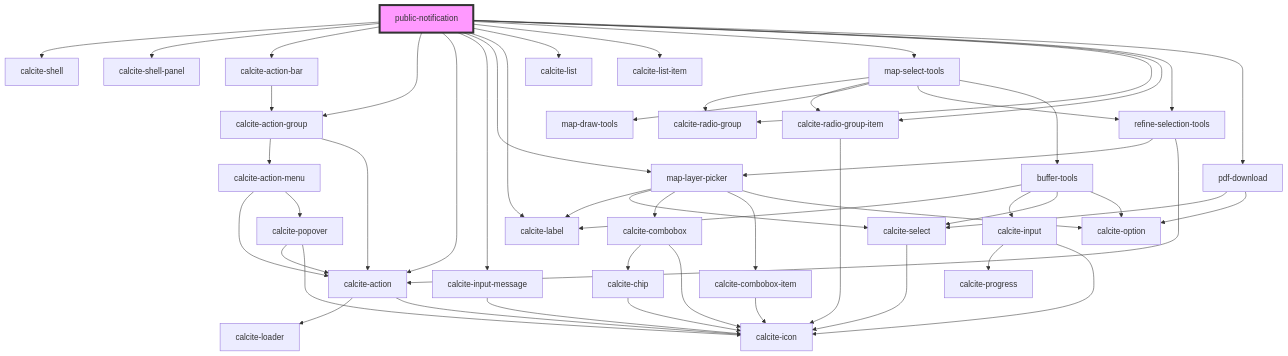
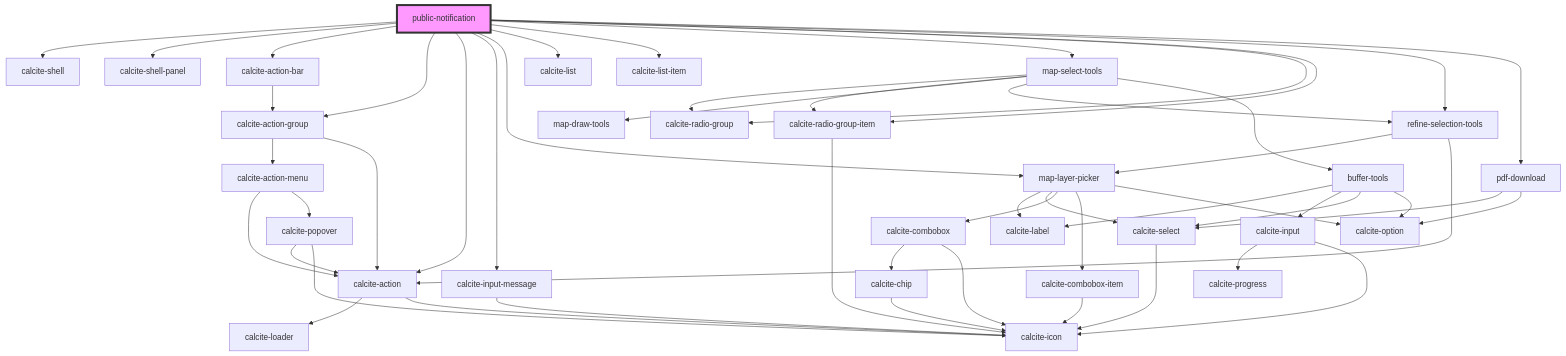
One commit to Esri/solutions-components changed the diagram in src/components/public-notification/readme.md. Above: the diagram before and after it, drawn with Mermaid. The commit also changed other lines of this file and 8 other files, not shown here.

````diff
--- a/src/components/public-notification/readme.md
+++ b/src/components/public-notification/readme.md
@@ -39,55 +38,54 @@
 ```mermaid
 graph TD;
   public-notification --> calcite-shell
   public-notification --> calcite-shell-panel
   public-notification --> calcite-action-bar
   public-notification --> calcite-action-group
   public-notification --> calcite-action
   public-notification --> calcite-input-message
   public-notification --> map-layer-picker
-  public-notification --> calcite-label
   public-notification --> calcite-list
   public-notification --> calcite-list-item
   public-notification --> map-select-tools
   public-notification --> calcite-radio-group
   public-notification --> calcite-radio-group-item
   public-notification --> refine-selection-tools
   public-notification --> pdf-download
   calcite-action-bar --> calcite-action-group
   calcite-action-group --> calcite-action-menu
   calcite-action-group --> calcite-action
   calcite-action-menu --> calcite-action
   calcite-action-menu --> calcite-popover
   calcite-action --> calcite-loader
   calcite-action --> calcite-icon
   calcite-popover --> calcite-action
   calcite-popover --> calcite-icon
   calcite-input-message --> calcite-icon
   map-layer-picker --> calcite-label
   map-layer-picker --> calcite-select
   map-layer-picker --> calcite-combobox
   map-layer-picker --> calcite-combobox-item
   map-layer-picker --> calcite-option
   calcite-select --> calcite-icon
   calcite-combobox --> calcite-chip
   calcite-combobox --> calcite-icon
   calcite-chip --> calcite-icon
   calcite-combobox-item --> calcite-icon
   map-select-tools --> calcite-radio-group
   map-select-tools --> calcite-radio-group-item
   map-select-tools --> map-draw-tools
   map-select-tools --> refine-selection-tools
   map-select-tools --> buffer-tools
   calcite-radio-group-item --> calcite-icon
   refine-selection-tools --> map-layer-picker
   refine-selection-tools --> calcite-action
   buffer-tools --> calcite-label
   buffer-tools --> calcite-input
   buffer-tools --> calcite-select
   buffer-tools --> calcite-option
   calcite-input --> calcite-progress
   calcite-input --> calcite-icon
   pdf-download --> calcite-select
   pdf-download --> calcite-option
   style public-notification fill:#f9f,stroke:#333,stroke-width:4px
 ```
````
